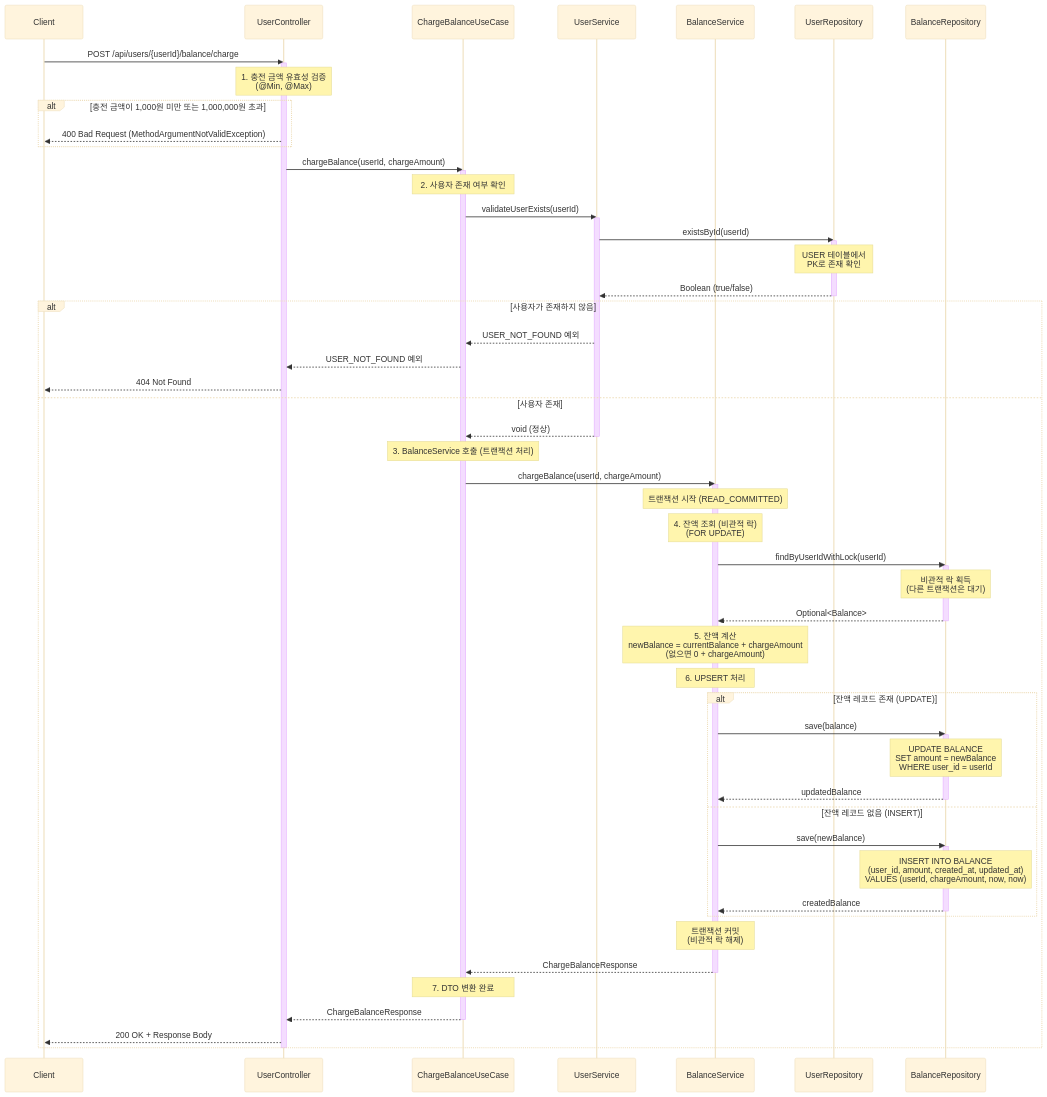
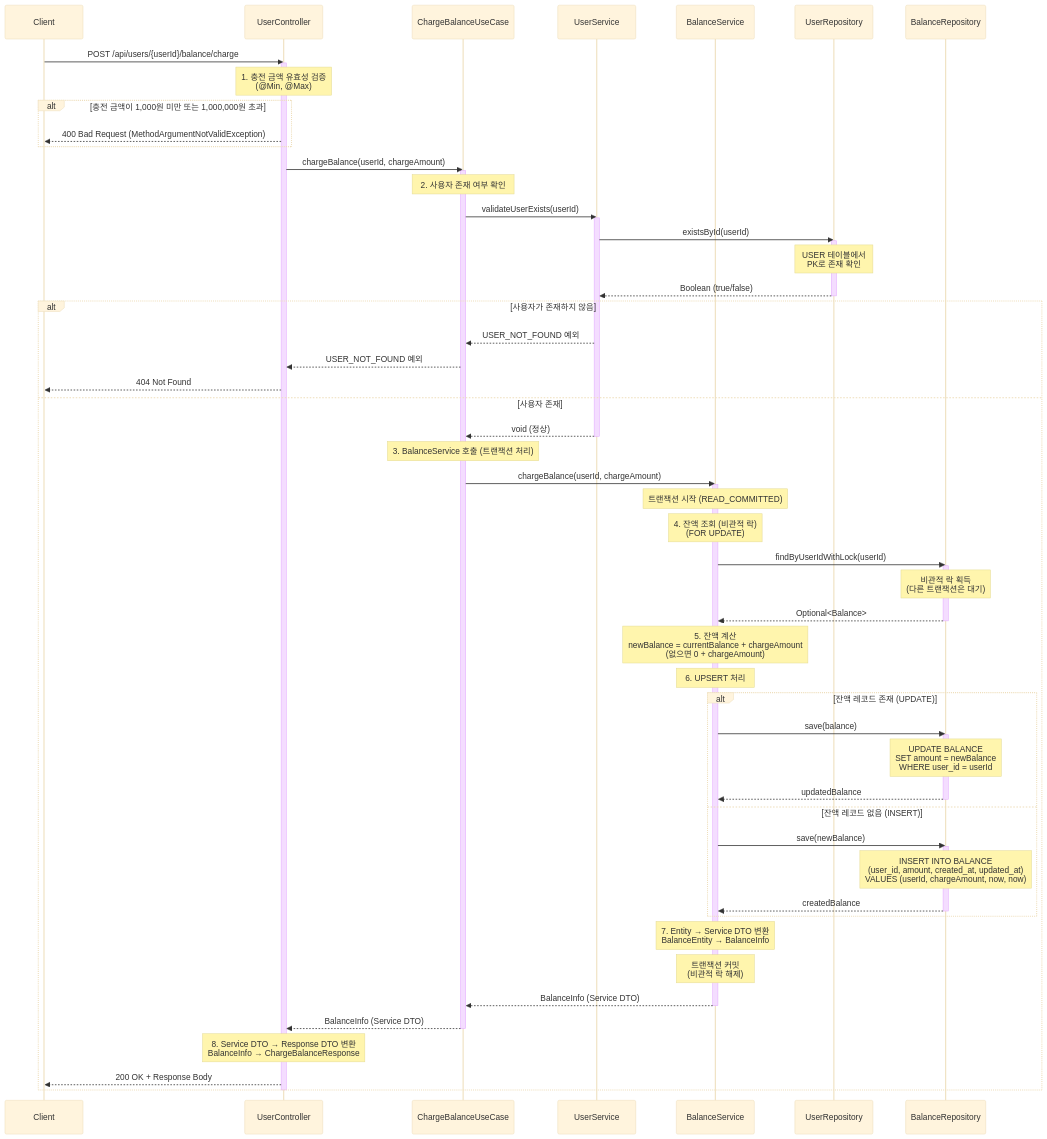
Before and after one commit to edit8080/commerce-api: the diagram in docs/api/user/charge-balance.md, drawn with Mermaid (base theme). The commit also changed 55 other files, not shown here.

```diff
--- a/docs/api/user/charge-balance.md
+++ b/docs/api/user/charge-balance.md
@@ -284,15 +284,17 @@
             deactivate BalanceRepo
         end
 
+        Note over BalanceService: 7. Entity → Service DTO 변환<br/>BalanceEntity → BalanceInfo
+
         Note over BalanceService: 트랜잭션 커밋<br/>(비관적 락 해제)
 
-        BalanceService-->>UseCase: ChargeBalanceResponse
+        BalanceService-->>UseCase: BalanceInfo (Service DTO)
         deactivate BalanceService
 
-        Note over UseCase: 7. DTO 변환 완료
+        UseCase-->>Controller: BalanceInfo (Service DTO)
+        deactivate UseCase
 
-        UseCase-->>Controller: ChargeBalanceResponse
-        deactivate UseCase
+        Note over Controller: 8. Service DTO → Response DTO 변환<br/>BalanceInfo → ChargeBalanceResponse
 
         Controller-->>Client: 200 OK + Response Body
     end
```
